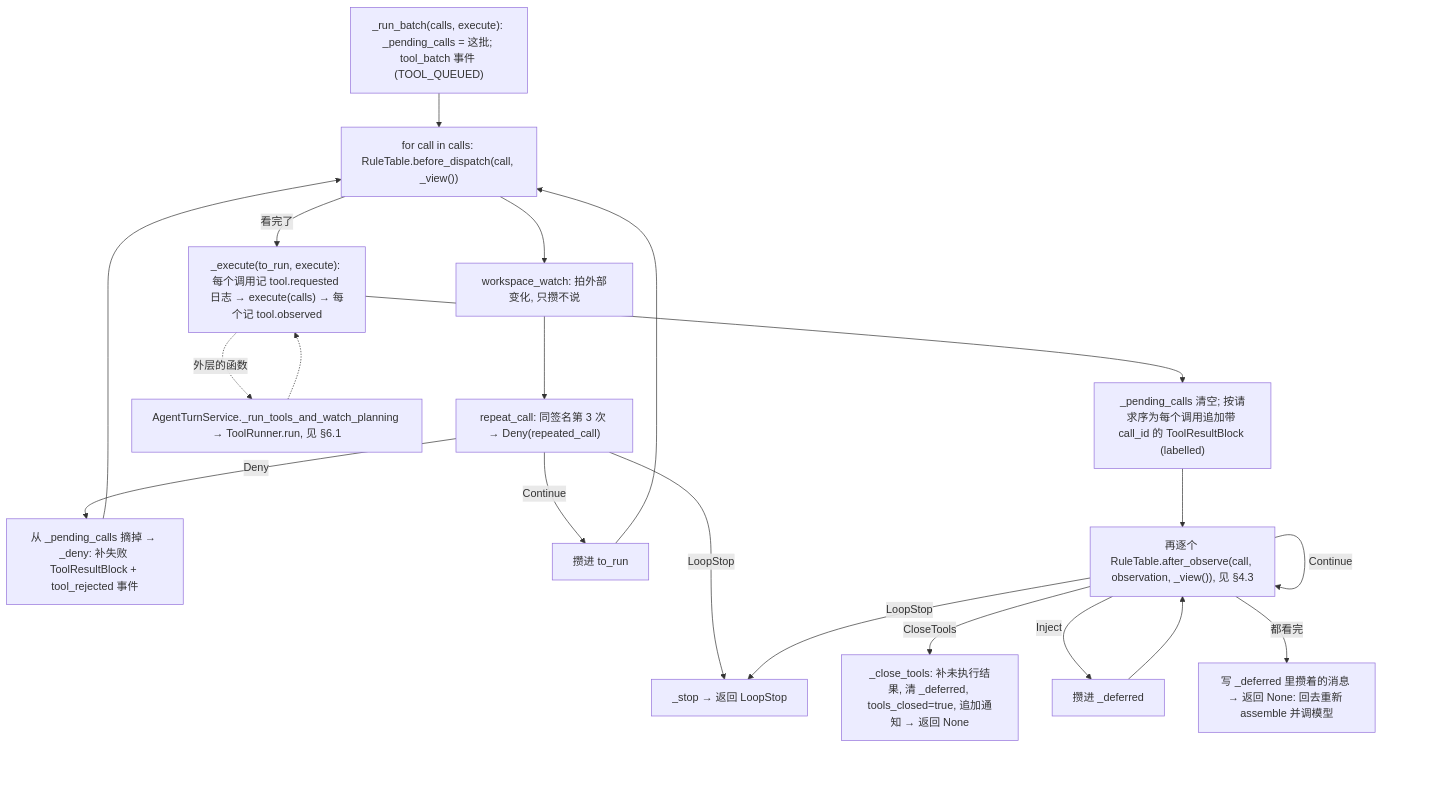
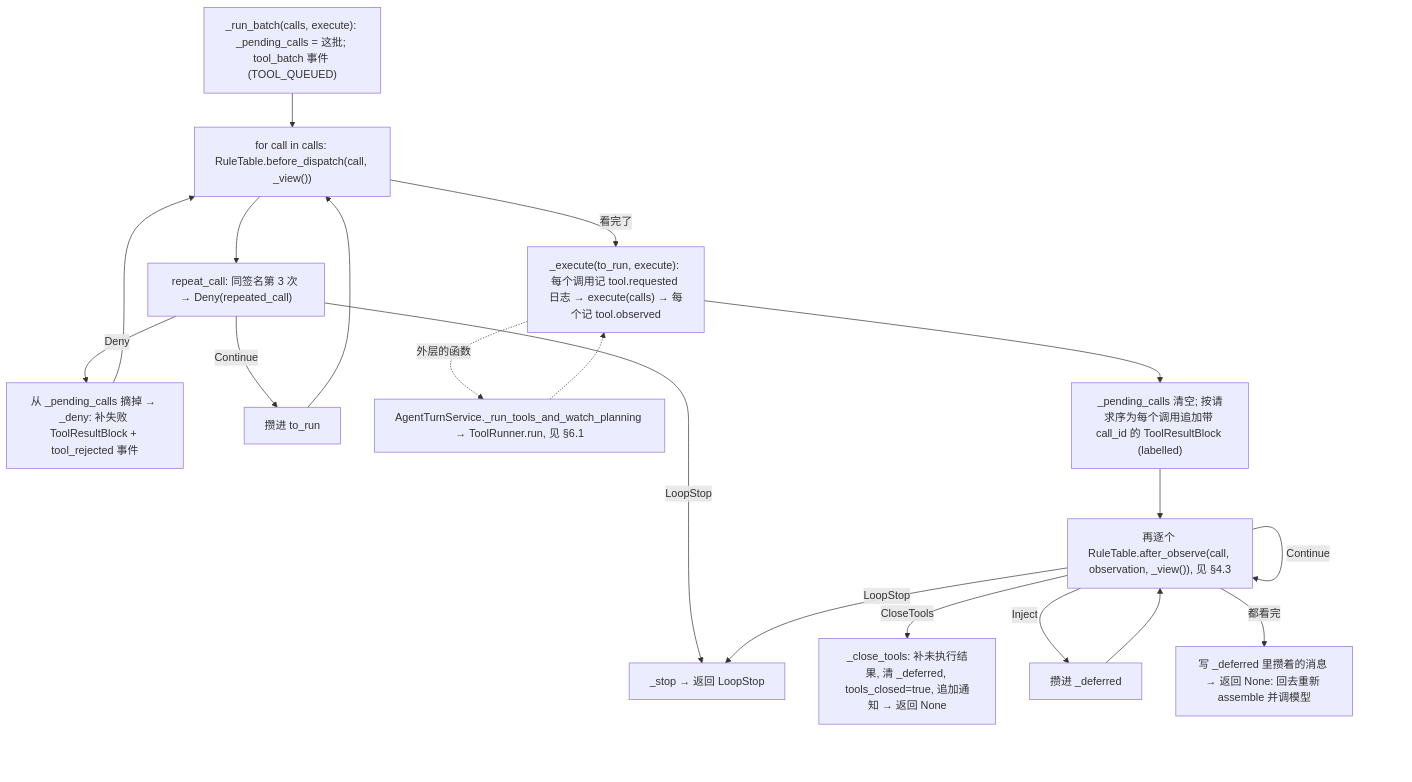
Before and after one commit to qubaolai/ForgeCLI: diagram 11 of 53 in docs/06-代码阅读线路.md, drawn with Mermaid. The commit also changed other lines of this file and 54 other files, not shown here.

````diff
--- a/docs/06-代码阅读线路.md
+++ b/docs/06-代码阅读线路.md
@@ -541,22 +539,21 @@
 ```mermaid
 flowchart TD
     A["_run_batch(calls, execute): _pending_calls = 这批; tool_batch 事件 (TOOL_QUEUED)"] --> B["for call in calls: RuleTable.before_dispatch(call, _view())"]
-    B --> C1["workspace_watch: 拍外部变化, 只攒不说"]
-    C1 --> C2["repeat_call: 同签名第 3 次 → Deny(repeated_call)"]
+    B --> C2["repeat_call: 同签名第 3 次 → Deny(repeated_call)"]
     C2 -->|Deny| D["从 _pending_calls 摘掉 → _deny: 补失败 ToolResultBlock + tool_rejected 事件"]
     C2 -->|LoopStop| E["_stop → 返回 LoopStop"]
     C2 -->|Continue| F["攒进 to_run"]
     D --> B
     F --> B
     B -->|看完了| G["_execute(to_run, execute): 每个调用记 tool.requested 日志 → execute(calls) → 每个记 tool.observed"]
     G -.->|外层的函数| H["AgentTurnService._run_tools_and_watch_planning → ToolRunner.run, 见 §6.1"]
     H -.-> G
     G --> I["_pending_calls 清空; 按请求序为每个调用追加带 call_id 的 ToolResultBlock (labelled)"]
     I --> J["再逐个 RuleTable.after_observe(call, observation, _view()), 见 §4.3"]
     J -->|LoopStop| E
     J -->|CloseTools| K["_close_tools: 补未执行结果, 清 _deferred, tools_closed=true, 追加通知 → 返回 None"]
     J -->|Inject| L["攒进 _deferred"]
     J -->|Continue| J
     L --> J
     J -->|都看完| M["写 _deferred 里攒着的消息 → 返回 None: 回去重新 assemble 并调模型"]
 ```
````
